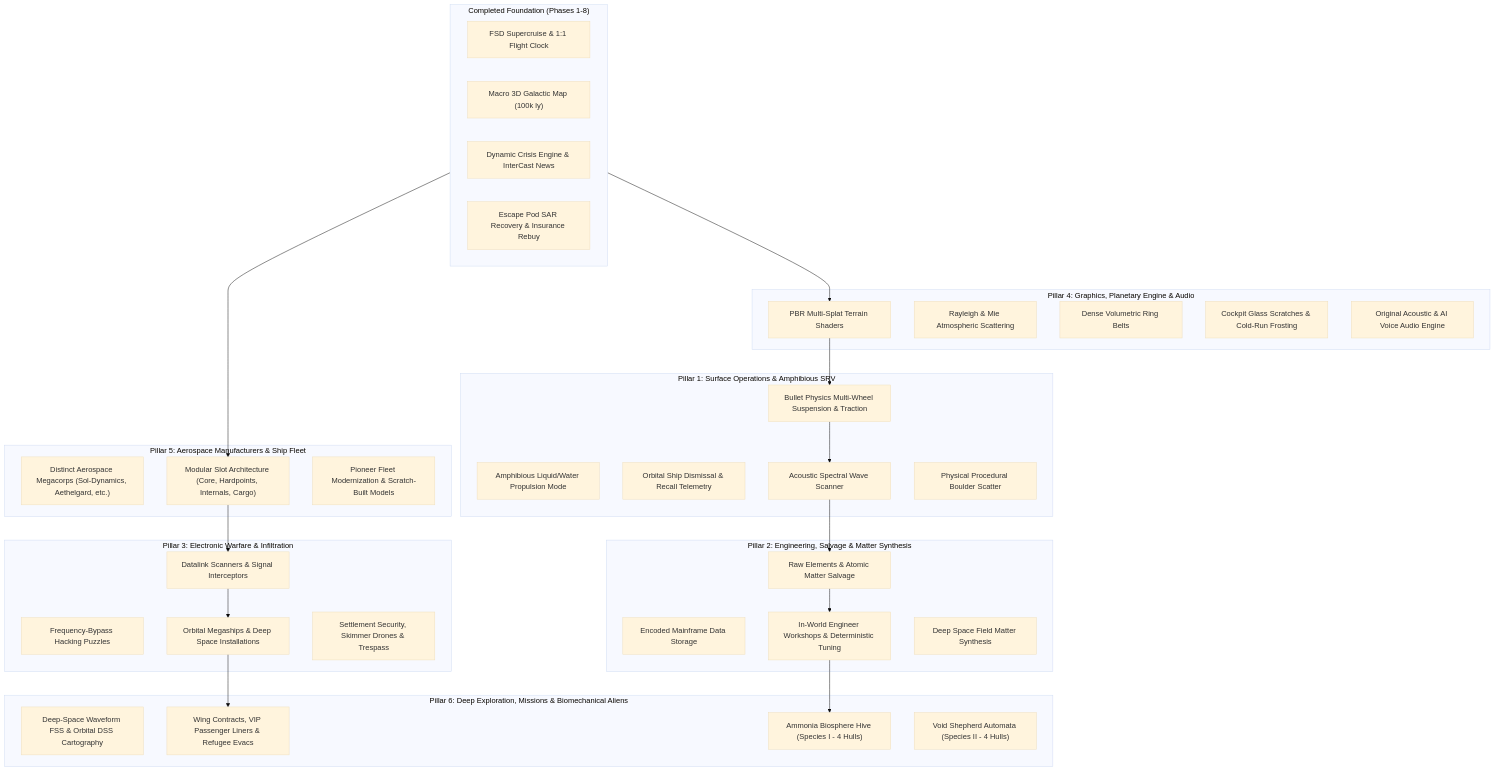
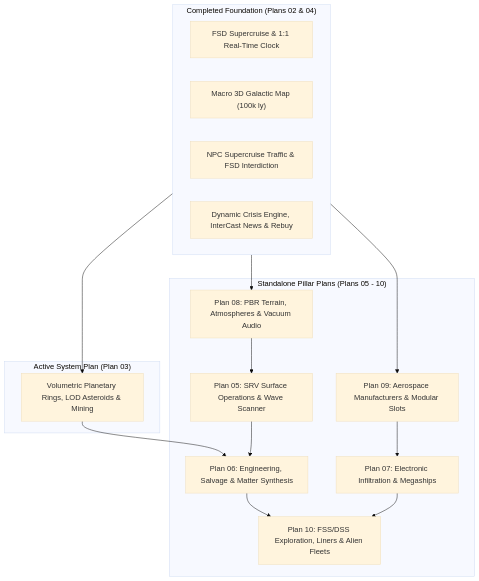
Before and after one commit to austeregrim/pioneer-expanse: the diagram in plans/01_EXPANSE_LONG_TERM_ROADMAP.md, drawn with Mermaid (base theme). The commit also changed other lines of this file and 7 other files, not shown here.

Commit message:
docs(plans): split 01_EXPANSE_LONG_TERM_ROADMAP into detailed pillar plans 05-10

````diff
--- a/plans/01_EXPANSE_LONG_TERM_ROADMAP.md
+++ b/plans/01_EXPANSE_LONG_TERM_ROADMAP.md
@@ -18,63 +18,32 @@
 ```mermaid
 graph TD
-    subgraph Core["Completed Foundation (Phases 1-8)"]
-        F1["FSD Supercruise & 1:1 Flight Clock"]
+    subgraph Foundation["Completed Foundation (Plans 02 & 04)"]
+        F1["FSD Supercruise & 1:1 Real-Time Clock"]
         F2["Macro 3D Galactic Map (100k ly)"]
-        F3["Dynamic Crisis Engine & InterCast News"]
-        F4["Escape Pod SAR Recovery & Insurance Rebuy"]
+        F3["NPC Supercruise Traffic & FSD Interdiction"]
+        F4["Dynamic Crisis Engine, InterCast News & Rebuy"]
     end
 
-    subgraph P1["Pillar 1: Surface Operations & Amphibious SRV"]
-        P1A["Bullet Physics Multi-Wheel Suspension & Traction"]
-        P1B["Amphibious Liquid/Water Propulsion Mode"]
-        P1C["Orbital Ship Dismissal & Recall Telemetry"]
-        P1D["Acoustic Spectral Wave Scanner"]
-        P1E["Physical Procedural Boulder Scatter"]
+    subgraph Immediate["Active System Plan (Plan 03)"]
+        R1["Volumetric Planetary Rings, LOD Asteroids & Mining"]
     end
 
-    subgraph P2["Pillar 2: Engineering, Salvage & Matter Synthesis"]
-        P2A["Raw Elements & Atomic Matter Salvage"]
-        P2B["Encoded Mainframe Data Storage"]
-        P2C["In-World Engineer Workshops & Deterministic Tuning"]
-        P2D["Deep Space Field Matter Synthesis"]
+    subgraph Pillars["Standalone Pillar Plans (Plans 05 - 10)"]
+        P1["Plan 05: SRV Surface Operations & Wave Scanner"]
+        P2["Plan 06: Engineering, Salvage & Matter Synthesis"]
+        P3["Plan 07: Electronic Infiltration & Megaships"]
+        P4["Plan 08: PBR Terrain, Atmospheres & Vacuum Audio"]
+        P5["Plan 09: Aerospace Manufacturers & Modular Slots"]
+        P6["Plan 10: FSS/DSS Exploration, Liners & Alien Fleets"]
     end
 
-    subgraph P3["Pillar 3: Electronic Warfare & Infiltration"]
-        P3A["Datalink Scanners & Signal Interceptors"]
-        P3B["Frequency-Bypass Hacking Puzzles"]
-        P3C["Orbital Megaships & Deep Space Installations"]
-        P3D["Settlement Security, Skimmer Drones & Trespass"]
-    end
-
-    subgraph P4["Pillar 4: Graphics, Planetary Engine & Audio"]
-        P4A["PBR Multi-Splat Terrain Shaders"]
-        P4B["Rayleigh & Mie Atmospheric Scattering"]
-        P4C["Dense Volumetric Ring Belts"]
-        P4D["Cockpit Glass Scratches & Cold-Run Frosting"]
-        P4E["Original Acoustic & AI Voice Audio Engine"]
-    end
-
-    subgraph P5["Pillar 5: Aerospace Manufacturers & Ship Fleet"]
-        P5A["Distinct Aerospace Megacorps (Sol-Dynamics, Aethelgard, etc.)"]
-        P5B["Modular Slot Architecture (Core, Hardpoints, Internals, Cargo)"]
-        P5C["Pioneer Fleet Modernization & Scratch-Built Models"]
-    end
-
-    subgraph P6["Pillar 6: Deep Exploration, Missions & Biomechanical Aliens"]
-        P6A["Deep-Space Waveform FSS & Orbital DSS Cartography"]
-        P6B["Wing Contracts, VIP Passenger Liners & Refugee Evacs"]
-        P6C["Ammonia Biosphere Hive (Species I - 4 Hulls)"]
-        P6D["Void Shepherd Automata (Species II - 4 Hulls)"]
-    end
-
-    Core --> P4A
-    Core --> P5B
-    P4A --> P1A
-    P1A --> P1D
-    P1D --> P2A
-    P2A --> P2C
-    P5B --> P3A
-    P3A --> P3C
-    P3C --> P6B
-    P2C --> P6C
+    Foundation --> R1
+    Foundation --> P4
+    Foundation --> P5
+    R1 --> P2
+    P4 --> P1
+    P1 --> P2
+    P5 --> P3
+    P3 --> P6
+    P2 --> P6
 ```
````
